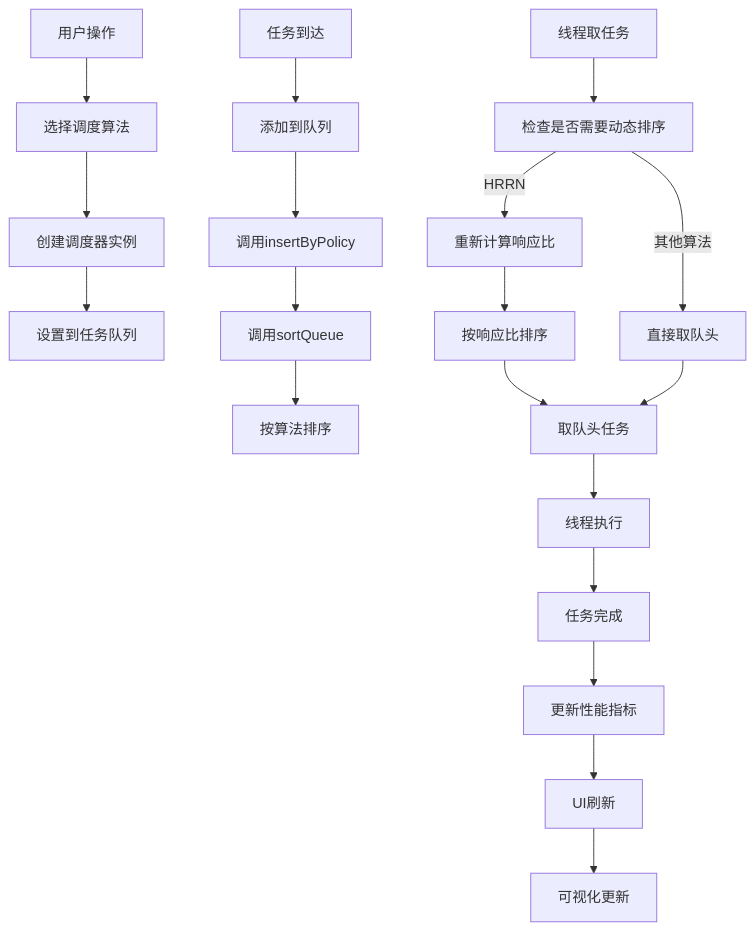
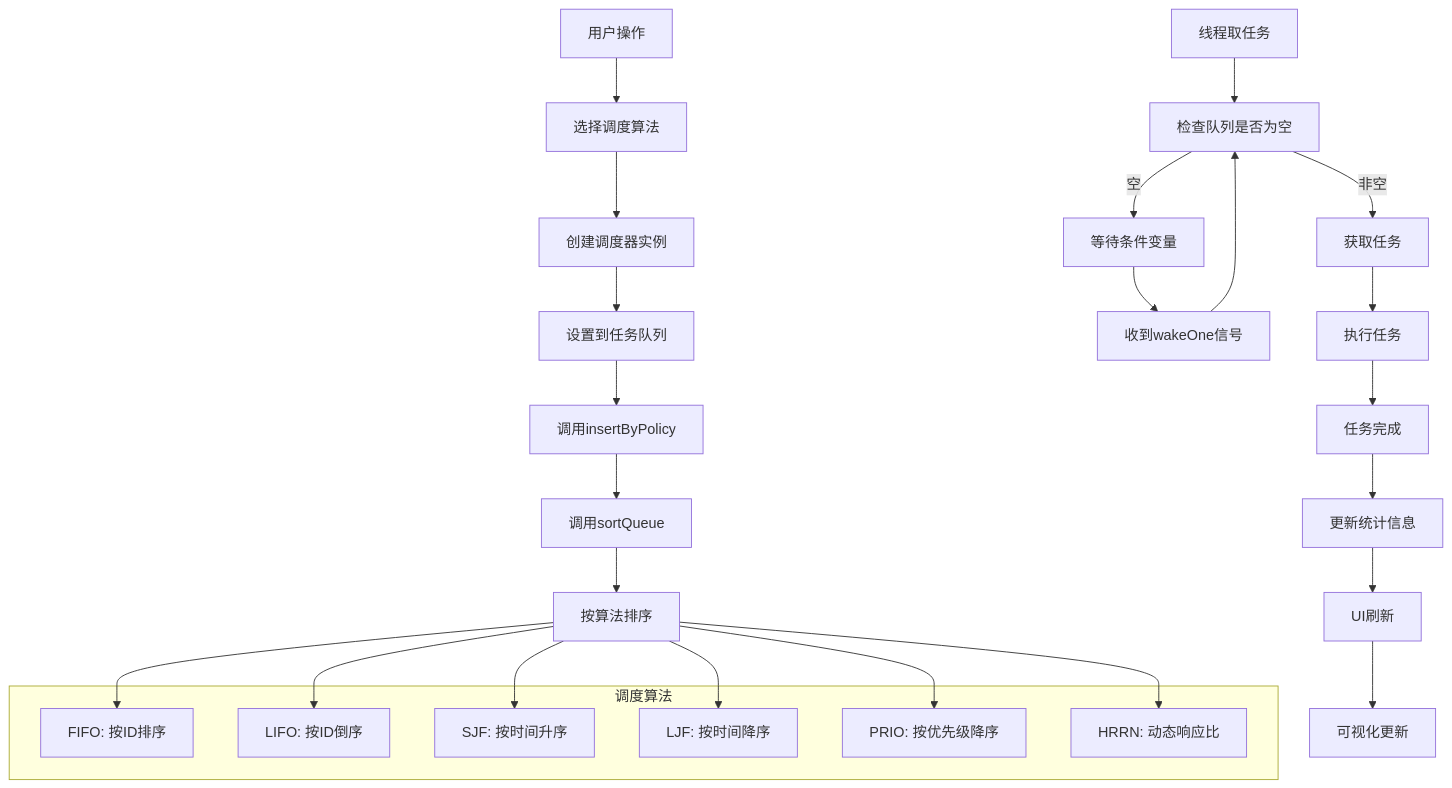
The fourth of 12 diagrams in README.md (HuJingwen1211/QT-ThreadPool), drawn with Mermaid before and after one commit. The commit also changed other lines of this file and 4 other files, not shown here.

````diff
--- a/README.md
+++ b/README.md
@@ -348,24 +388,39 @@
 ```mermaid
 flowchart TD
     用户操作 --> 选择调度算法
     选择调度算法 --> 创建调度器实例
     创建调度器实例 --> 设置到任务队列
+
+
+    设置到任务队列 --> 调用insertByPolicy
+    调用insertByPolicy --> 调用sortQueue
+    调用sortQueue --> C[按算法排序]
     
-    任务到达 --> 添加到队列
-    添加到队列 --> 调用insertByPolicy
-    调用insertByPolicy --> 调用sortQueue
-    调用sortQueue --> 按算法排序
+    线程取任务 --> 检查队列是否为空
+    检查队列是否为空 -->|空| 等待条件变量
+    等待条件变量 --> 收到wakeOne信号
+    收到wakeOne信号 --> 检查队列是否为空
     
-    线程取任务 --> 检查是否需要动态排序
-    检查是否需要动态排序 -->|HRRN| 重新计算响应比
-    检查是否需要动态排序 -->|其他算法| 直接取队头
-    重新计算响应比 --> 按响应比排序
-    按响应比排序 --> 取队头任务
-    直接取队头 --> 取队头任务
-    取队头任务 --> 线程执行
+    检查队列是否为空 -->|非空|获取任务
+    获取任务 --> 执行任务
+    执行任务 --> 任务完成
+    任务完成 --> 更新统计信息
+    更新统计信息 --> UI刷新
+    UI刷新 --> 可视化更新
     
-    线程执行 --> 任务完成
-    任务完成 --> 更新性能指标
-    更新性能指标 --> UI刷新
-    UI刷新 --> 可视化更新
+    subgraph "调度算法"
+        M[FIFO: 按ID排序]
+        N[LIFO: 按ID倒序]
+        O[SJF: 按时间升序]
+        P[LJF: 按时间降序]
+        Q[PRIO: 按优先级降序]
+        R[HRRN: 动态响应比]
+    end
+    
+    C --> M
+    C --> N
+    C --> O
+    C --> P
+    C --> Q
+    C --> R
 ```
````
